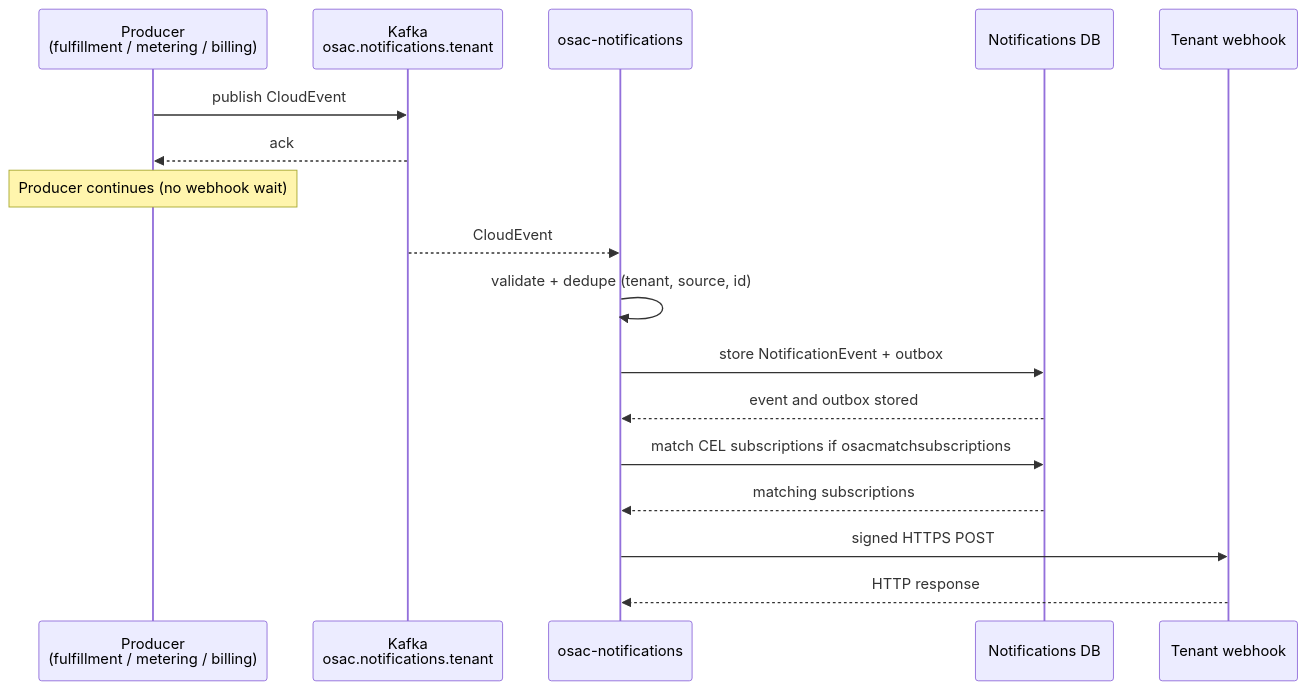
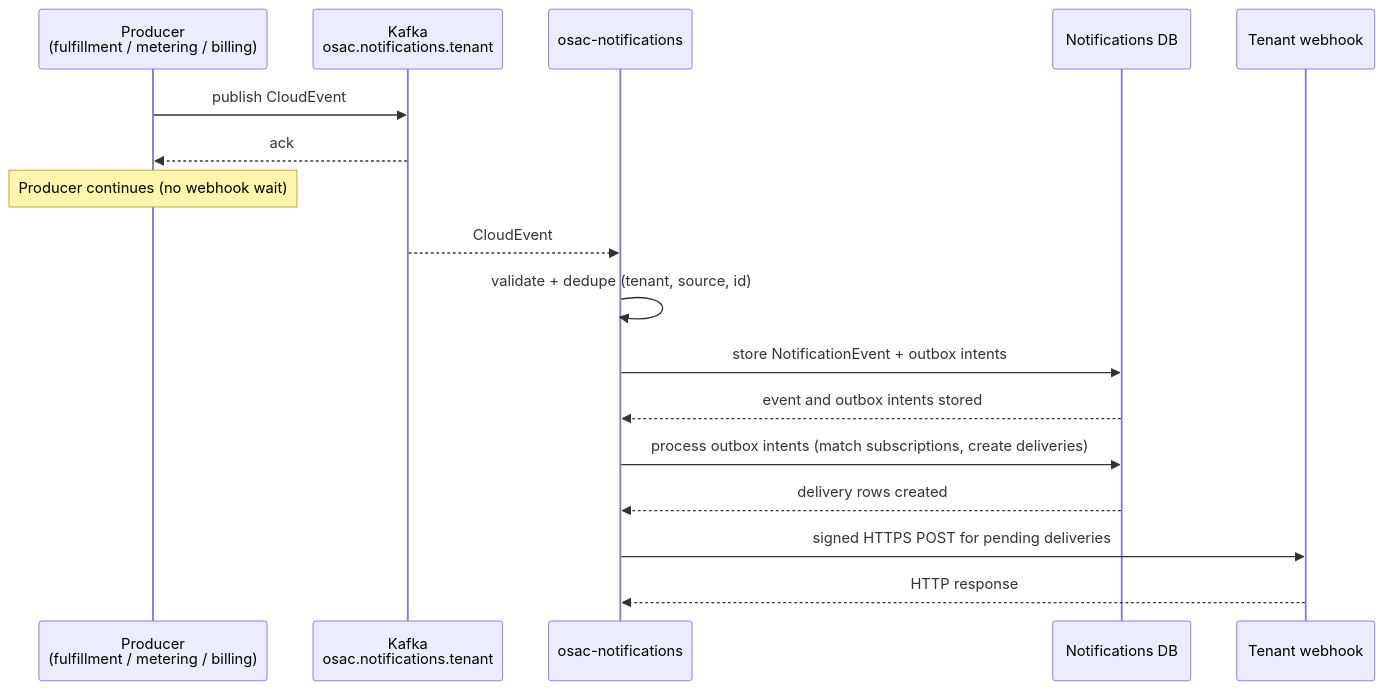
Before and after one commit to osac-project/enhancement-proposals: the third of 3 diagrams in enhancements/OSAC-75-notifications/design.md, drawn with Mermaid. The commit also changed other lines of this file, not shown here.

Commit message:
OSAC-75: Remove secret rotation from scope + unique key for outbox

````diff
--- a/enhancements/OSAC-75-notifications/design.md
+++ b/enhancements/OSAC-75-notifications/design.md
@@ -175,19 +178,19 @@
 ```mermaid
 sequenceDiagram
     participant Prod as Producer <br>(fulfillment / metering / billing)
     participant Kafka as Kafka <br>osac.notifications.tenant
     participant N as osac-notifications
     participant DB as Notifications DB
     participant Hook as Tenant webhook
     Prod ->> Kafka: publish CloudEvent
     Kafka -->> Prod: ack
     Note over Prod: Producer continues (no webhook wait)
     Kafka -->> N: CloudEvent
     N ->> N: validate + dedupe (tenant, source, id)
-    N ->> DB: store NotificationEvent + outbox
-    DB -->> N: event and outbox stored
-    N ->> DB: match CEL subscriptions if osacmatchsubscriptions
-    DB -->> N: matching subscriptions
-    N ->> Hook: signed HTTPS POST
+    N ->> DB: store NotificationEvent + outbox intents
+    DB -->> N: event and outbox intents stored
+    N ->> DB: process outbox intents (match subscriptions, create deliveries)
+    DB -->> N: delivery rows created
+    N ->> Hook: signed HTTPS POST for pending deliveries
     Hook -->> N: HTTP response
 ```
````
